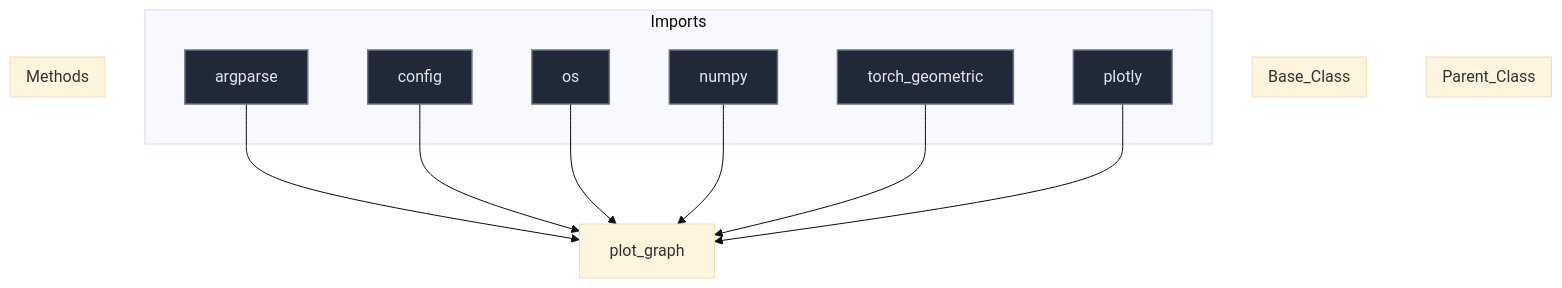
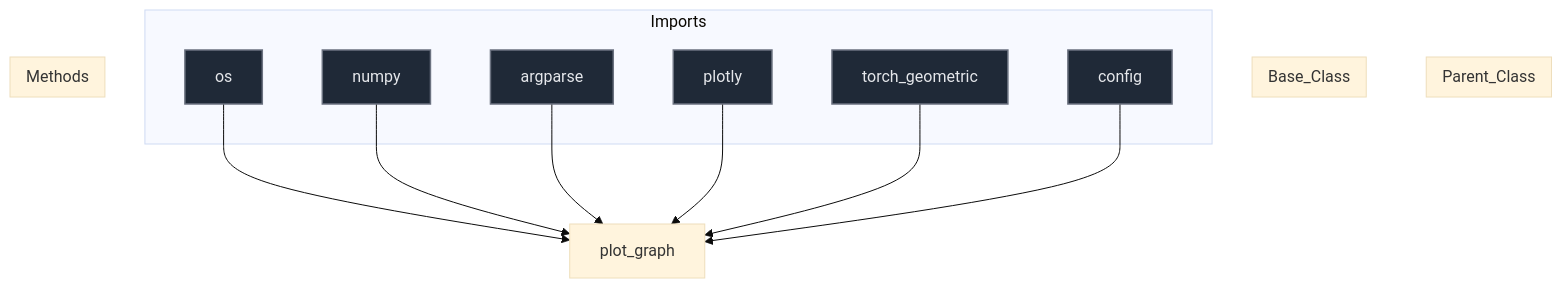
Before and after one commit to mllam/neural-lam: the diagram in docs/diagrams/plot_graph_diagram.md, drawn with Mermaid (base theme). The commit also changed 18 other files, not shown here.

Commit message:
Auto-update Mermaid diagrams

````diff
--- a/docs/diagrams/plot_graph_diagram.md
+++ b/docs/diagrams/plot_graph_diagram.md
@@ -1,41 +1,41 @@
 ```mermaid
 %%{init: {'flowchart': {'nodeSpacing': 60, 'rankSpacing': 80}}}%%
 flowchart TD
 
 module["plot_graph"]
 
 subgraph Parent_Class
 end
 
 subgraph Base_Class
 end
 
 
 subgraph Imports
-    argparse["argparse"]
-    config["config"]
     os["os"]
     numpy["numpy"]
+    argparse["argparse"]
+    plotly["plotly"]
     torch_geometric["torch_geometric"]
-    plotly["plotly"]
+    config["config"]
 end
 
-    argparse --> module
-    config --> module
     os --> module
     numpy --> module
+    argparse --> module
+    plotly --> module
     torch_geometric --> module
-    plotly --> module
+    config --> module
 
 subgraph Methods
 end
 
 
 classDef parent fill:#0f172a,stroke:#3b82f6,stroke-width:2px,color:#f1f5f9,font-size:16px
 classDef base fill:#78350f,stroke:#f59e0b,stroke-width:1px,color:#fde68a,font-size:16px
 classDef import fill:#1f2937,stroke:#6b7280,stroke-width:1.5px,color:#e5e7eb,font-size:16px
 classDef method fill:#2d043f,stroke:#7c3aed,stroke-width:1.5px,color:#ede9fe,font-size:16px
 classDef callNode fill:#064e3b,stroke:#10b981,stroke-width:1.5px,color:#d1fae5,font-size:16px
-class argparse,config,os,numpy,torch_geometric,plotly import
+class os,numpy,argparse,plotly,torch_geometric,config import
 
 ```
````
